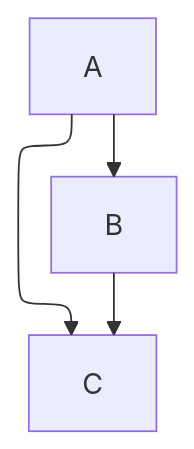
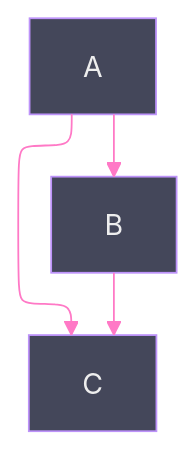
The second of 2 diagrams in .claude/skills/mermaid-diagramming/references/config.md (bsamiee/Rasm), drawn with Mermaid before and after one commit. The commit also changed other lines of this file and 55 other files, not shown here.

````diff
--- a/.claude/skills/mermaid-diagramming/references/config.md
+++ b/.claude/skills/mermaid-diagramming/references/config.md
@@ -54,13 +62,20 @@
 ```mermaid
 ---
 config:
   layout: elk
+  theme: base
+  themeVariables:
+    darkMode: true
+    mainBkg: "#44475A"
+    nodeBorder: "#BD93F9"
+    lineColor: "#FF79C6"
+    textColor: "#F8F8F2"
   elk:
     nodePlacementStrategy: BRANDES_KOEPF
     cycleBreakingStrategy: GREEDY
 ---
 graph TD
   A --> B
   B --> C
   A --> C
 ```
````
